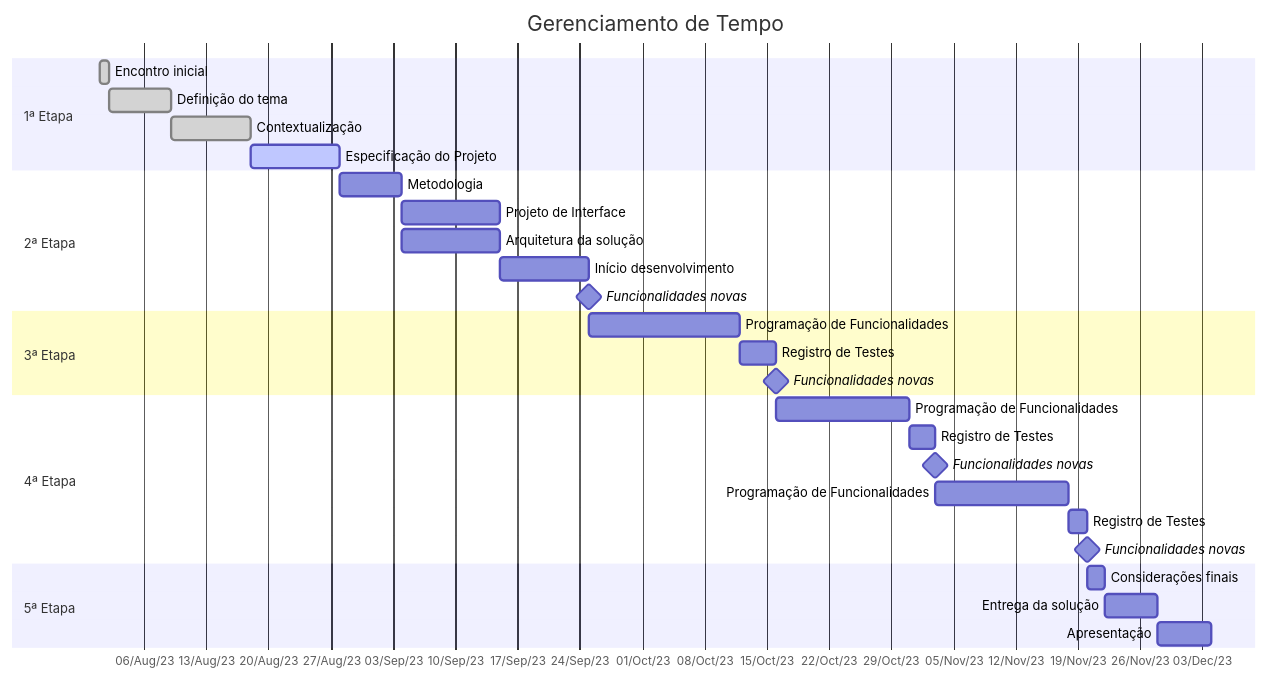
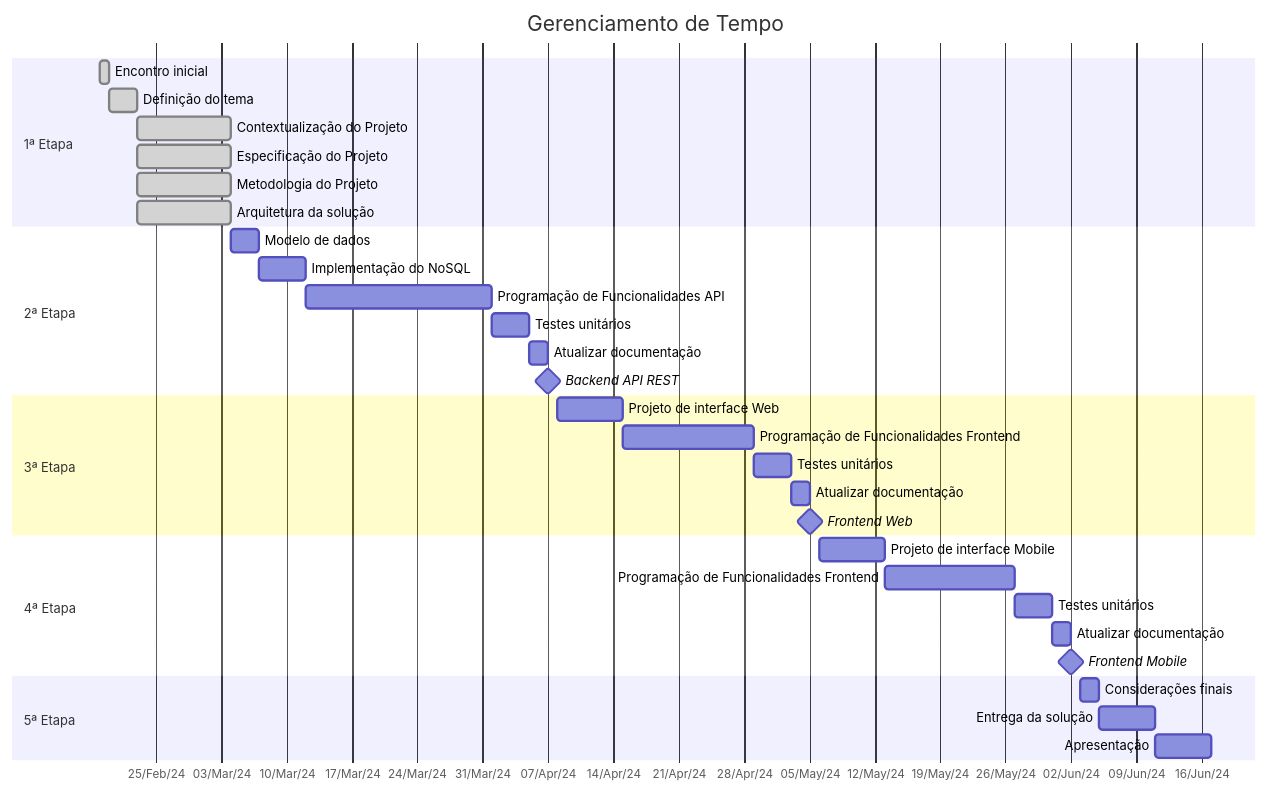
The second of 3 diagrams in docs/02-Especificação do Projeto.md (ICEI-PUC-Minas-PMV-ADS/pmv-ads-2024-1-e4-proj-infra-t1-pmv-ads-2024-1-e4-projcontroledeestoque), drawn with Mermaid before and after one commit.

Commit message:
Update 02-Especificação do Projeto.md

````diff
--- a/docs/02-Especificação do Projeto.md
+++ b/docs/02-Especificação do Projeto.md
@@ -212,38 +212,42 @@
 ```mermaid
 gantt
     title Gerenciamento de Tempo
     todayMarker off
     dateFormat  YYYY-MMM-DD
     axisFormat %d/%b/%y
 
     section 1ª Etapa
-    Encontro inicial :done, 2023-08-01, 1d
-    Definição do tema     :done, 7d
-    Contextualização    :done, 9d
-    Especificação do Projeto   :active, 10d
+    Encontro inicial :done, t1, 2024-02-19, 1d
+    Definição do tema     : done, t2, after t1, 3d
+    Contextualização do Projeto   : done, after t2, 10d
+    Especificação do Projeto   : done, after t2, 10d
+    Metodologia do Projeto: done, after t2, 10d
+    Arquitetura da solução: done, after t2, 10d
 
     section 2ª Etapa
-    Metodologia      :a1, 2023-08-28  , 7d
-    Projeto de Interface    :after a1, 11d
-    Arquitetura da solução :after a1, 11d 
-    Início desenvolvimento : 10d
-    Funcionalidades novas  :milestone, 2023-09-25, 0d 
+    Modelo de dados      :a1, 2024-03-04  , 3d
+    Implementação do NoSQL    : 5d
+    Programação de Funcionalidades API : 20d 
+    Testes unitários : 4d
+    Atualizar documentação : 2d
+    Backend API REST  :milestone, 2024-04-07, 0d 
 
     section 3ª Etapa
-    Programação de Funcionalidades : 2023-09-25  , 17d
-    Registro de Testes      :4d
-    Funcionalidades novas  :milestone, 2023-10-16, 0d 
+    Projeto de interface Web : 2024-04-08  , 7d
+    Programação de Funcionalidades Frontend : 14d 
+    Testes unitários : 4d
+    Atualizar documentação : 2d
+    Frontend Web  :milestone, 2024-05-05, 0d 
 
     section 4ª Etapa
-    Programação de Funcionalidades :2023-10-16  , 15d
-    Registro de Testes      :3d
-    Funcionalidades novas  :milestone, 0d 
-    Programação de Funcionalidades :15d
-    Registro de Testes      :2d
-    Funcionalidades novas  :milestone, 0d
+    Projeto de interface Mobile : 2024-05-06  , 7d
+    Programação de Funcionalidades Frontend : 14d 
+    Testes unitários : 4d
+    Atualizar documentação : 2d
+    Frontend Mobile  :milestone, 2024-06-02, 0d 
 
     section 5ª Etapa
-    Considerações finais  :2023-11-20  , 2d
+    Considerações finais  :2024-06-03  , 2d
     Entrega da solução :6d
     Apresentação :6d
 ```
````
